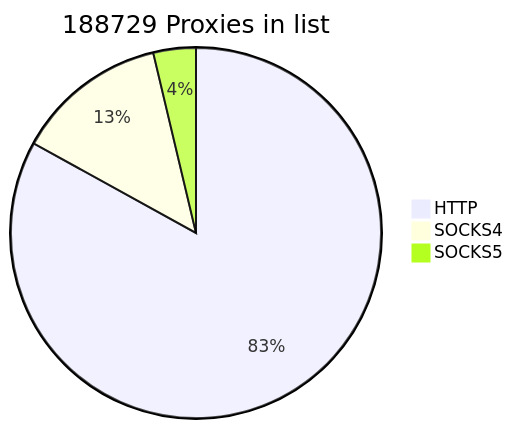
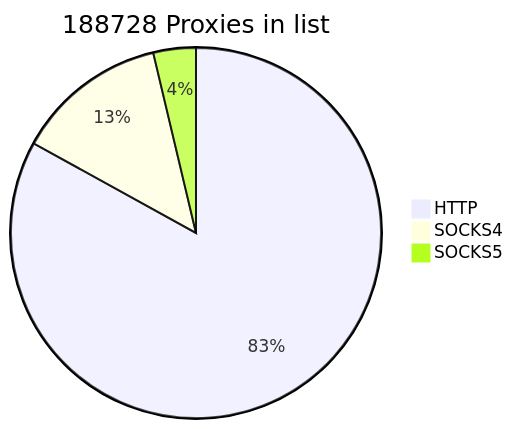
The first of 2 diagrams in README.md (cutipu/proxylist), drawn with Mermaid before and after one commit. The commit also changed other lines of this file, not shown here.

````diff
--- a/README.md
+++ b/README.md
@@ -2,7 +2,7 @@
 ```mermaid
-pie title 188729 Proxies in list
-    "HTTP" : 156704
+pie title 188728 Proxies in list
+    "HTTP" : 156703
     "SOCKS4" : 25023
     "SOCKS5" : 7002
             
 ```
````
